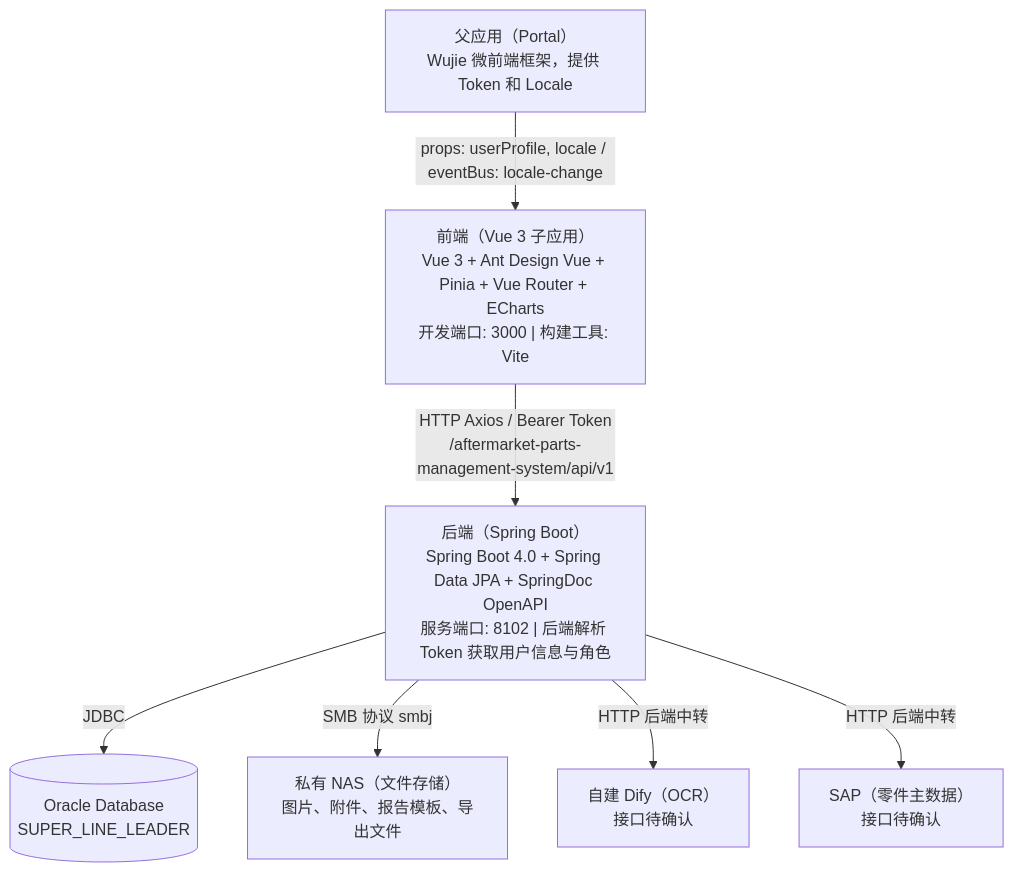
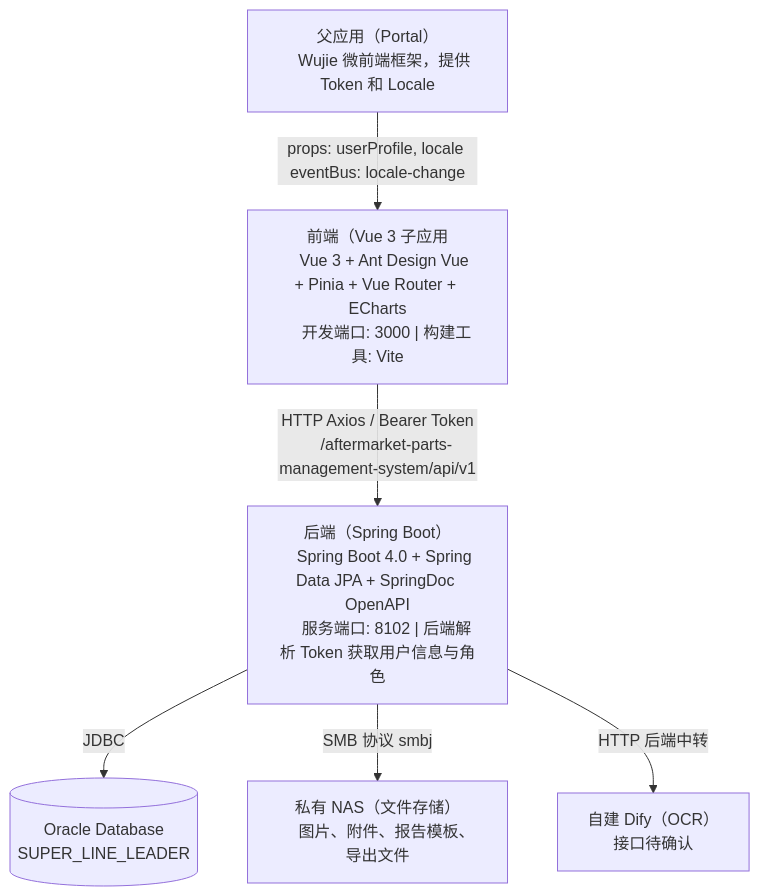
Before and after one commit to xvfeiran/wfam-doc: the first of 15 diagrams in 01-设计文档/开发设计文档.md, drawn with Mermaid. The commit also changed other lines of this file and 1 other file, not shown here.

````diff
--- a/01-设计文档/开发设计文档.md
+++ b/01-设计文档/开发设计文档.md
@@ -39,17 +39,24 @@
 ```mermaid
 graph TB
-    Portal["父应用（Portal）\nWujie 微前端框架，提供 Token 和 Locale"]
-    Frontend["前端（Vue 3 子应用）\nVue 3 + Ant Design Vue + Pinia + Vue Router + ECharts\n开发端口: 3000 | 构建工具: Vite"]
-    Backend["后端（Spring Boot）\nSpring Boot 4.0 + Spring Data JPA + SpringDoc OpenAPI\n服务端口: 8102 | 后端解析 Token 获取用户信息与角色"]
-    Oracle[("Oracle Database\nSUPER_LINE_LEADER")]
-    NAS["私有 NAS（文件存储）\n图片、附件、报告模板、导出文件"]
-    Dify["自建 Dify（OCR）\n接口待确认"]
-    SAP["SAP（零件主数据）\n接口待确认"]
+    Portal["父应用（Portal）
+    Wujie 微前端框架，提供 Token 和 Locale"]
+    Frontend["前端（Vue 3 子应用
+    Vue 3 + Ant Design Vue + Pinia + Vue Router + ECharts
+    开发端口: 3000 | 构建工具: Vite"]
+    Backend["后端（Spring Boot）
+    Spring Boot 4.0 + Spring Data JPA + SpringDoc OpenAPI
+    服务端口: 8102 | 后端解析 Token 获取用户信息与角色"]
+    Oracle[("Oracle Database
+    SUPER_LINE_LEADER")]
+    NAS["私有 NAS（文件存储）
+    图片、附件、报告模板、导出文件"]
+    Dify["自建 Dify（OCR）
+    接口待确认"]
 
-    Portal -->|"props: userProfile, locale / eventBus: locale-change"| Frontend
-    Frontend -->|"HTTP Axios / Bearer Token\n/aftermarket-parts-management-system/api/v1"| Backend
+    Portal -->|"props: userProfile, locale eventBus: locale-change"| Frontend
+    Frontend -->|"HTTP Axios / Bearer Token
+    /aftermarket-parts-management-system/api/v1"| Backend
     Backend -->|JDBC| Oracle
     Backend -->|"SMB 协议 smbj"| NAS
     Backend -->|"HTTP 后端中转"| Dify
-    Backend -->|"HTTP 后端中转"| SAP
 ```
````
